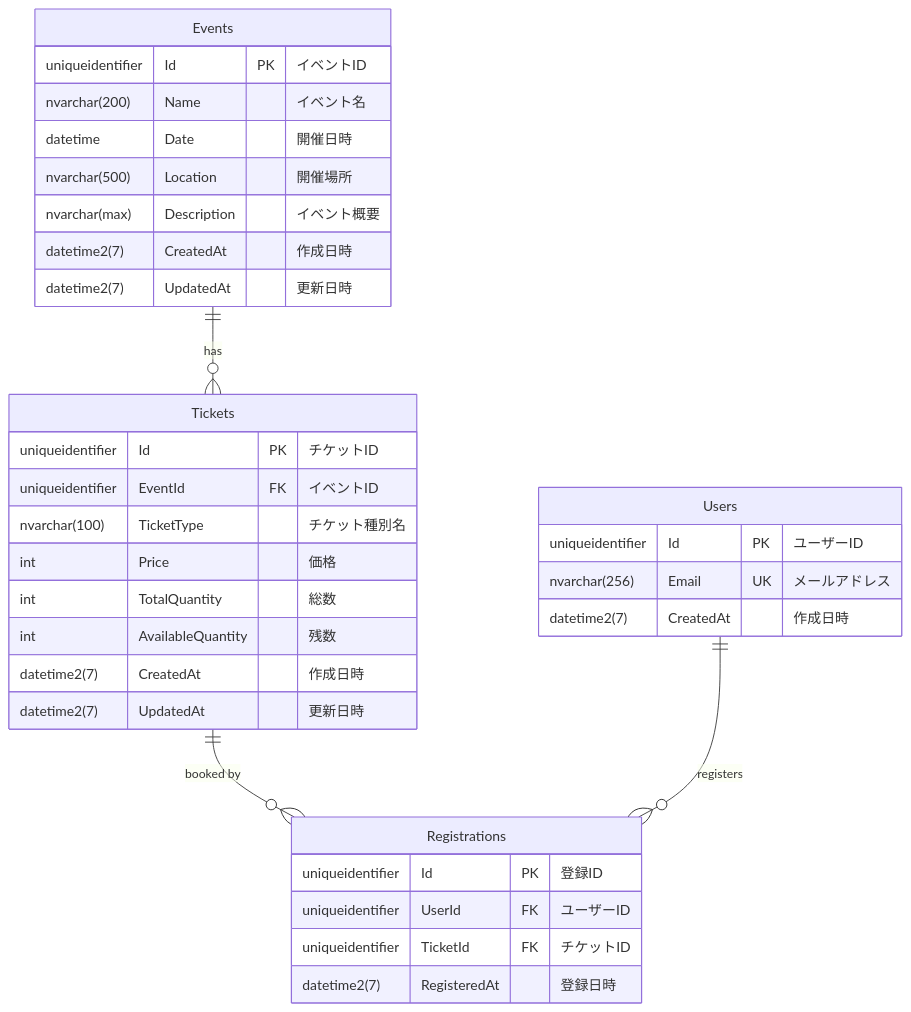
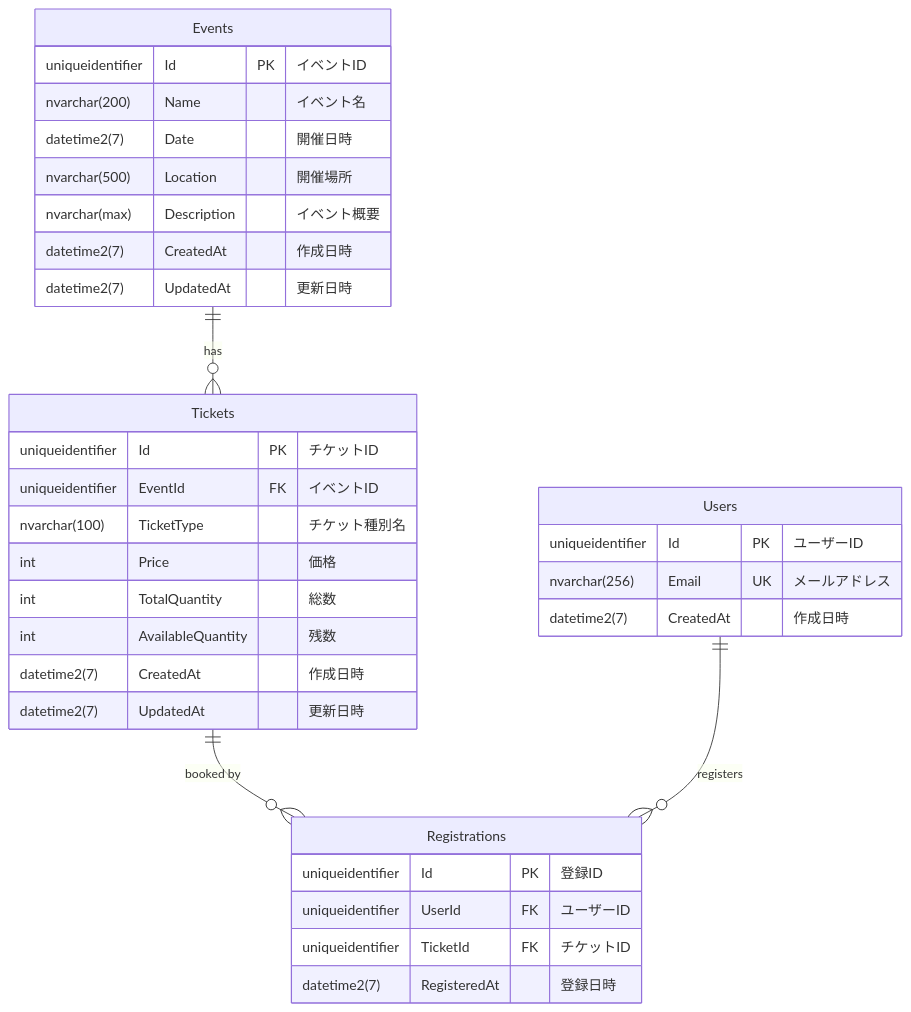
Before and after one commit to kazakht/event-registration-system: the diagram in docs/er-diagram.md, drawn with Mermaid.

````diff
--- a/docs/er-diagram.md
+++ b/docs/er-diagram.md
@@ -5,40 +5,40 @@
 ```mermaid
 erDiagram
     Events ||--o{ Tickets : "has"
     Tickets ||--o{ Registrations : "booked by"
     Users ||--o{ Registrations : "registers"
 
     Events {
         uniqueidentifier Id PK "イベントID"
         nvarchar(200) Name "イベント名"
-        datetime Date "開催日時"
+        datetime2(7) Date "開催日時"
         nvarchar(500) Location "開催場所"
         nvarchar(max) Description "イベント概要"
         datetime2(7) CreatedAt "作成日時"
         datetime2(7) UpdatedAt "更新日時"
     }
 
     Tickets {
         uniqueidentifier Id PK "チケットID"
         uniqueidentifier EventId FK "イベントID"
         nvarchar(100) TicketType "チケット種別名"
         int Price "価格"
         int TotalQuantity "総数"
         int AvailableQuantity "残数"
         datetime2(7) CreatedAt "作成日時"
         datetime2(7) UpdatedAt "更新日時"
     }
 
     Users {
         uniqueidentifier Id PK "ユーザーID"
         nvarchar(256) Email UK "メールアドレス"
         datetime2(7) CreatedAt "作成日時"
     }
 
     Registrations {
         uniqueidentifier Id PK "登録ID"
         uniqueidentifier UserId FK "ユーザーID"
         uniqueidentifier TicketId FK "チケットID"
         datetime2(7) RegisteredAt "登録日時"
     }
 ```
````
